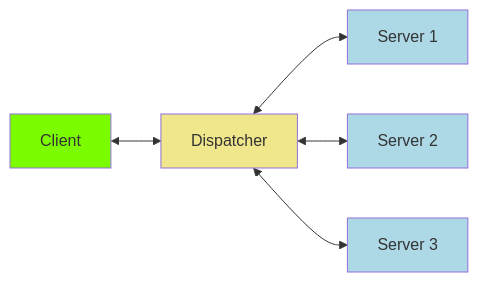
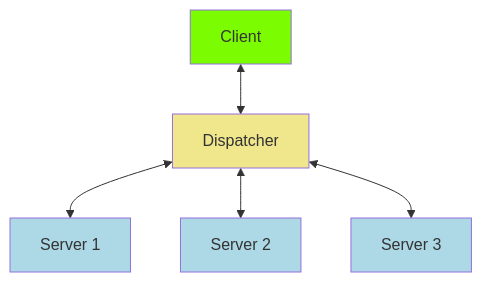
The first of 2 diagrams in pages/load-balancer.md (phucnguyen81/system-design-primer), drawn with Mermaid before and after one commit. The commit also changed other lines of this file, not shown here.

````diff
--- a/pages/load-balancer.md
+++ b/pages/load-balancer.md
@@ -10,12 +10,13 @@
 ```mermaid!
-graph LR
-  Client <--> Dispatcher
-  Dispatcher <--> Server1[Server 1]
-  Dispatcher <--> Server2[Server 2]
-  Dispatcher <--> Server3[Server 3]
-  style Client fill:LawnGreen
-  style Dispatcher fill:Khaki
-  style Server1 fill:LightBlue
-  style Server2 fill:LightBlue
-  style Server3 fill:LightBlue
+graph TD
+
+Client <--> Dispatcher
+Dispatcher <--> Server1[Server 1]
+Dispatcher <--> Server2[Server 2]
+Dispatcher <--> Server3[Server 3]
+style Client fill:LawnGreen
+style Dispatcher fill:Khaki
+style Server1 fill:LightBlue
+style Server2 fill:LightBlue
+style Server3 fill:LightBlue
 ```
````
